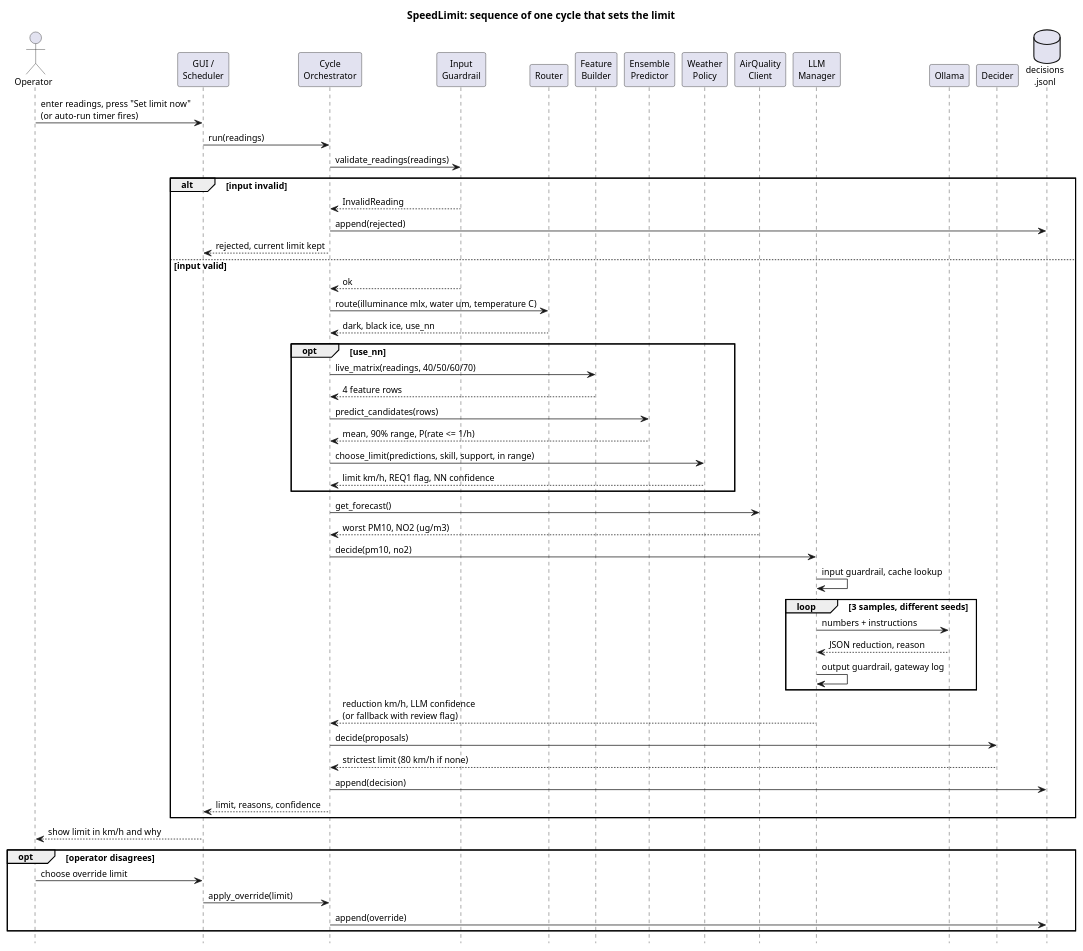
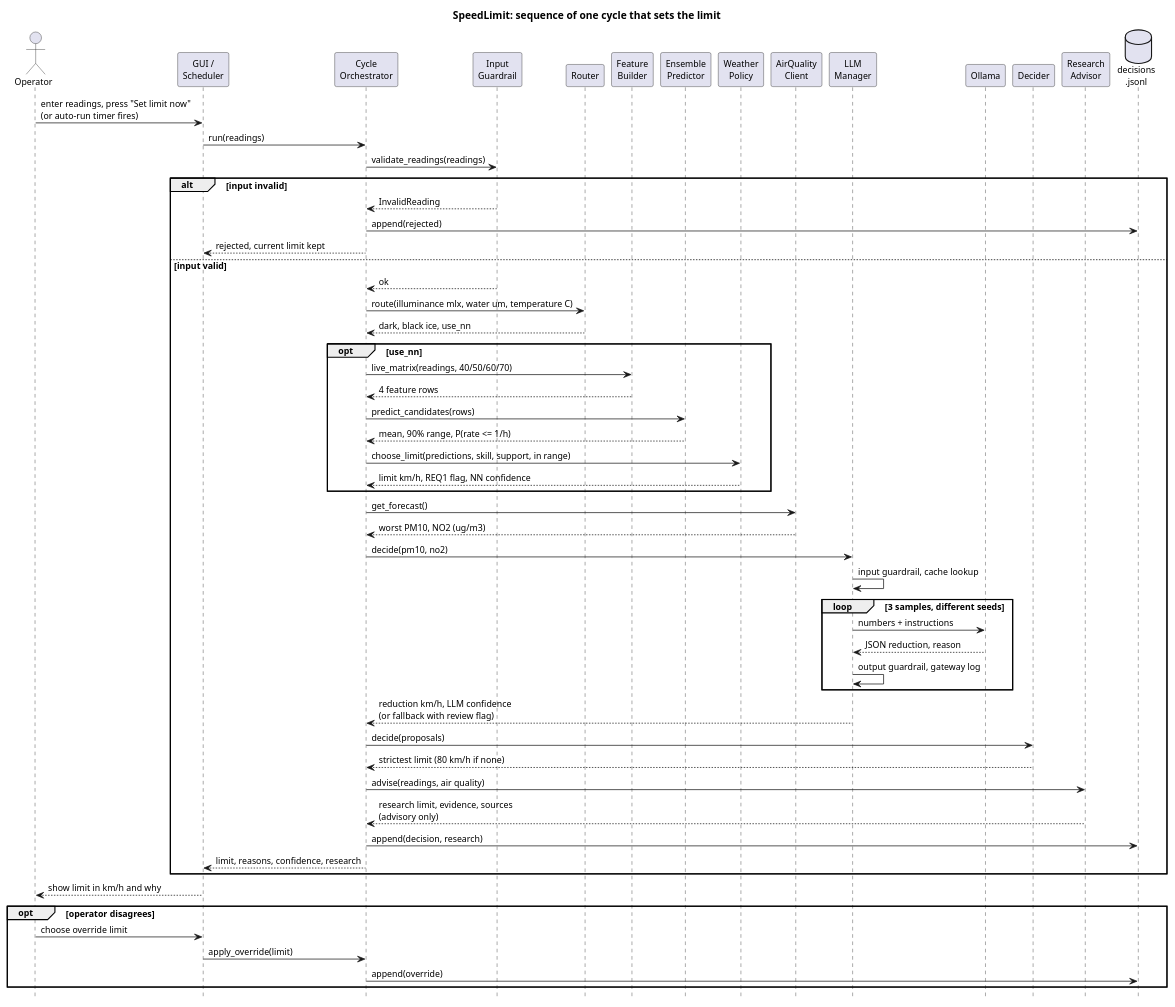
One commit to xDGeo/SpeedLimitExampleSEA changed the diagram in docs/uml/06_sequence_set_limit.puml. Above: the diagram before and after it, drawn with PlantUML. The commit also changed 10 other files, not shown here.

First line of the commit message:
Show research panel tables cleanly and document the advisor

```diff
--- a/docs/uml/06_sequence_set_limit.puml
+++ b/docs/uml/06_sequence_set_limit.puml
@@ -1,62 +1,65 @@
 @startuml 06_sequence_set_limit
 title SpeedLimit: sequence of one cycle that sets the limit
 skinparam shadowing false
 skinparam defaultFontSize 12
 skinparam sequenceMessageAlign left
 hide footbox
 
 actor Operator
 participant "GUI /\nScheduler" as GUI
 participant "Cycle\nOrchestrator" as Cycle
 participant "Input\nGuardrail" as Guard
 participant Router
 participant "Feature\nBuilder" as Features
 participant "Ensemble\nPredictor" as NN
 participant "Weather\nPolicy" as Weather
 participant "AirQuality\nClient" as Air
 participant "LLM\nManager" as LLM
 participant "Ollama" as Ollama
 participant "Decider" as Decider
+participant "Research\nAdvisor" as Research
 database "decisions\n.jsonl" as Log
 
 Operator -> GUI : enter readings, press "Set limit now"\n(or auto-run timer fires)
 GUI -> Cycle : run(readings)
 Cycle -> Guard : validate_readings(readings)
 alt input invalid
   Guard --> Cycle : InvalidReading
   Cycle -> Log : append(rejected)
   Cycle --> GUI : rejected, current limit kept
 else input valid
   Guard --> Cycle : ok
   Cycle -> Router : route(illuminance mlx, water um, temperature C)
   Router --> Cycle : dark, black ice, use_nn
   opt use_nn
     Cycle -> Features : live_matrix(readings, 40/50/60/70)
     Features --> Cycle : 4 feature rows
     Cycle -> NN : predict_candidates(rows)
     NN --> Cycle : mean, 90% range, P(rate <= 1/h)
     Cycle -> Weather : choose_limit(predictions, skill, support, in range)
     Weather --> Cycle : limit km/h, REQ1 flag, NN confidence
   end
   Cycle -> Air : get_forecast()
   Air --> Cycle : worst PM10, NO2 (ug/m3)
   Cycle -> LLM : decide(pm10, no2)
   LLM -> LLM : input guardrail, cache lookup
   loop 3 samples, different seeds
     LLM -> Ollama : numbers + instructions
     Ollama --> LLM : JSON reduction, reason
     LLM -> LLM : output guardrail, gateway log
   end
   LLM --> Cycle : reduction km/h, LLM confidence\n(or fallback with review flag)
   Cycle -> Decider : decide(proposals)
   Decider --> Cycle : strictest limit (80 km/h if none)
-  Cycle -> Log : append(decision)
-  Cycle --> GUI : limit, reasons, confidence
+  Cycle -> Research : advise(readings, air quality)
+  Research --> Cycle : research limit, evidence, sources\n(advisory only)
+  Cycle -> Log : append(decision, research)
+  Cycle --> GUI : limit, reasons, confidence, research
 end
 GUI --> Operator : show limit in km/h and why
 opt operator disagrees
   Operator -> GUI : choose override limit
   GUI -> Cycle : apply_override(limit)
   Cycle -> Log : append(override)
 end
 @enduml
```
